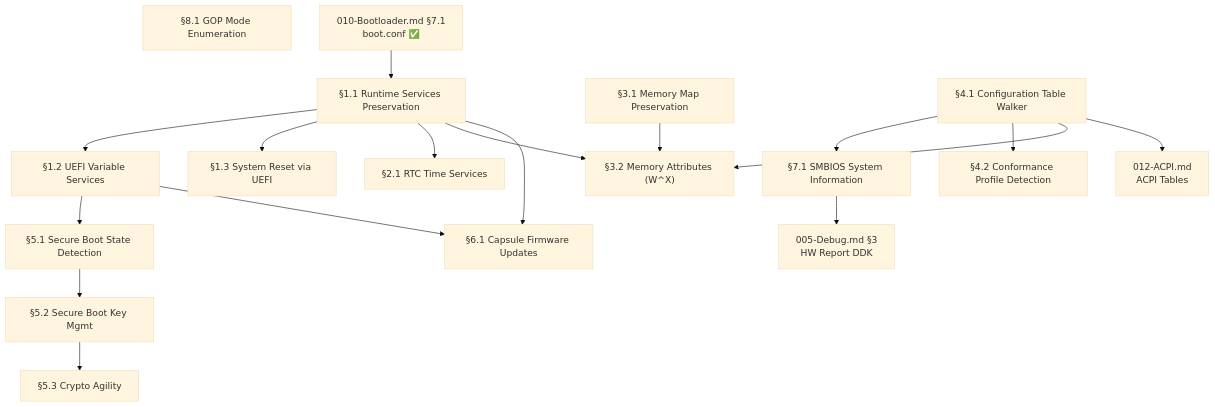
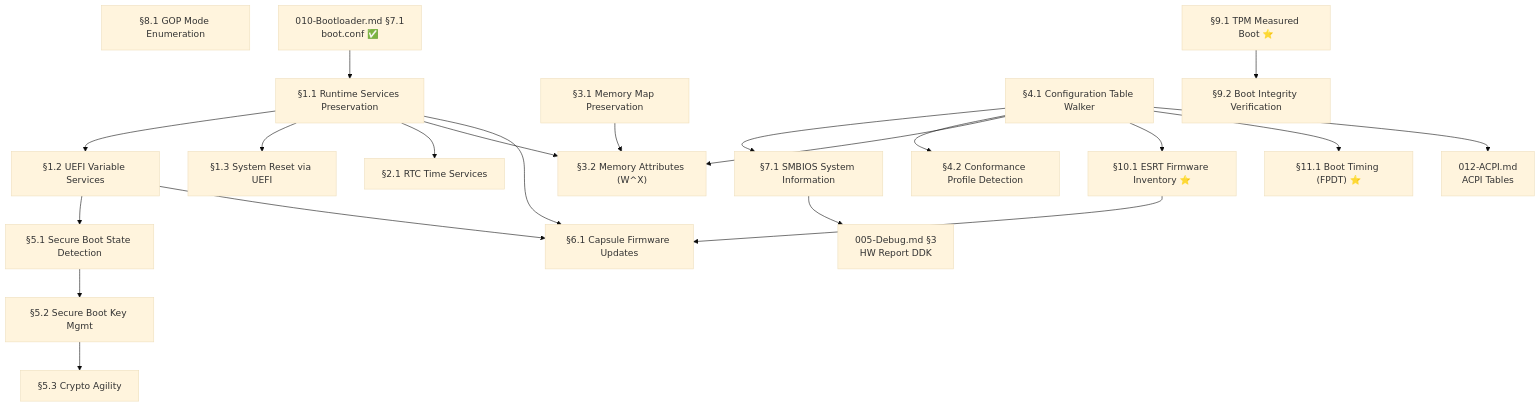
Before and after one commit to rizonesoft/impossible-os: the diagram in todo/010-Kernel-Foundations/TODO-010-Bootloader/TODO-010.01-UEFI.md, drawn with Mermaid (base theme). The commit also changed other lines of this file and 1 other file, not shown here.

Commit message:
todo: UEFI gap analysis — add TPM, ESRT, boot timing, reformat tables

````diff
--- a/todo/010-Kernel-Foundations/TODO-010-Bootloader/TODO-010.01-UEFI.md
+++ b/todo/010-Kernel-Foundations/TODO-010-Bootloader/TODO-010.01-UEFI.md
@@ -37,50 +37,62 @@
 ```mermaid
 graph TD
     A["§1.1 Runtime Services Preservation"]
     B["§1.2 UEFI Variable Services"]
     C["§1.3 System Reset via UEFI"]
     D["§2.1 RTC Time Services"]
     E["§3.1 Memory Map Preservation"]
     F["§3.2 Memory Attributes (W^X)"]
     G["§4.1 Configuration Table Walker"]
     H["§4.2 Conformance Profile Detection"]
     I["§5.1 Secure Boot State Detection"]
     J["§5.2 Secure Boot Key Mgmt"]
     K["§5.3 Crypto Agility"]
     L["§6.1 Capsule Firmware Updates"]
     M["§7.1 SMBIOS System Information"]
     N["§8.1 GOP Mode Enumeration"]
+    O["§9.1 TPM Measured Boot ⭐"]
+    P["§9.2 Boot Integrity Verification"]
+    Q["§10.1 ESRT Firmware Inventory ⭐"]
+    R["§11.1 Boot Timing (FPDT) ⭐"]
 
     %% External dependencies
     X1["010-Bootloader.md §7.1<br/>boot.conf ✅"]
     X2["005-Debug.md §3<br/>HW Report DDK"]
     X3["012-ACPI.md<br/>ACPI Tables"]
 
     %% Internal: runtime services are the foundation
     A --> B
     A --> C
     A --> D
     A --> F
     A --> L
 
     %% Variable services enable Secure Boot + capsule
     B --> I
     I --> J
     J --> K
     B --> L
 
     %% Config table walker enables downstream lookups
     G --> M
     G --> H
     G --> F
+    G --> Q
+    G --> R
 
     %% Memory map feeds W^X
     E --> F
+
+    %% TPM chain
+    O --> P
+
+    %% ESRT feeds capsule
+    Q --> L
 
     %% Cross-file
     M --> X2
     X1 --> A
 
     %% ACPI needs config table
     G --> X3
 ```
````
